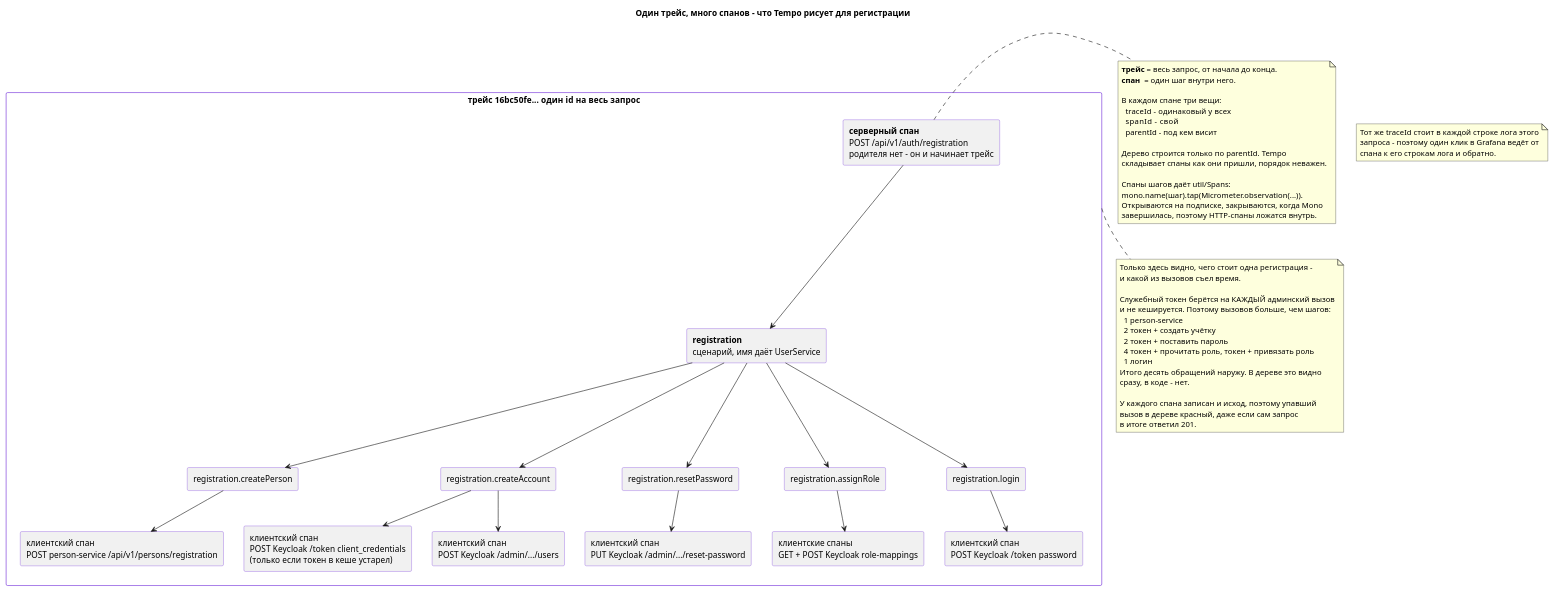
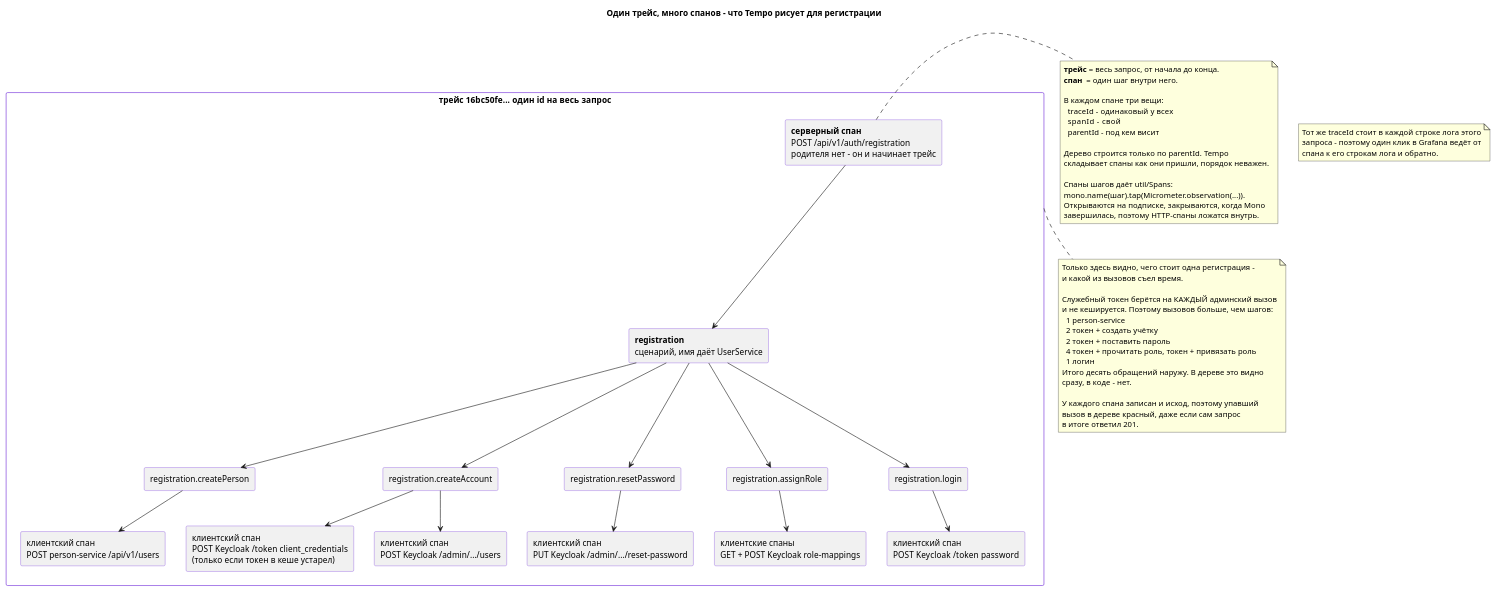
The second of 2 diagrams in docs/puml-ru/observability.puml (dezxxx/payment-platform), drawn with PlantUML before and after one commit. The commit also changed other lines of this file and 16 other files, not shown here.

Commit message:
docs: describe person-service, the client and compensation

```diff
--- a/docs/puml-ru/observability.puml
+++ b/docs/puml-ru/observability.puml
@@ -97,82 +97,82 @@
 @startuml trace-tree
 title Один трейс, много спанов - что Tempo рисует для регистрации
 
 skinparam shadowing false
 skinparam rectangleBorderColor #6d28d9
 
 rectangle "**трейс** 16bc50fe...  один id на весь запрос" as T {
   rectangle "**серверный спан**\nPOST /api/v1/auth/registration\nродителя нет - он и начинает трейс" as S0
 
   rectangle "**registration**\nсценарий, имя даёт UserService" as R
 
   rectangle "registration.createPerson" as R1
   rectangle "registration.createAccount" as R2
   rectangle "registration.resetPassword" as R3
   rectangle "registration.assignRole" as R4
   rectangle "registration.login" as R5
 
-  rectangle "клиентский спан\nPOST person-service /api/v1/persons/registration" as H1
+  rectangle "клиентский спан\nPOST person-service /api/v1/users" as H1
   rectangle "клиентский спан\nPOST Keycloak /token  client_credentials\n(только если токен в кеше устарел)" as H2
   rectangle "клиентский спан\nPOST Keycloak /admin/.../users" as H3
   rectangle "клиентский спан\nPUT Keycloak /admin/.../reset-password" as H4
   rectangle "клиентские спаны\nGET + POST Keycloak role-mappings" as H5
   rectangle "клиентский спан\nPOST Keycloak /token  password" as H6
 }
 
 S0 --> R
 R --> R1
 R --> R2
 R --> R3
 R --> R4
 R --> R5
 R1 --> H1
 R2 --> H2
 R2 --> H3
 R3 --> H4
 R4 --> H5
 R5 --> H6
 
 note right of S0
   **трейс** = весь запрос, от начала до конца.
   **спан**  = один шаг внутри него.
 
   В каждом спане три вещи:
     traceId  - одинаковый у всех
     spanId   - свой
     parentId - под кем висит
 
   Дерево строится только по parentId. Tempo
   складывает спаны как они пришли, порядок неважен.
 
   Спаны шагов даёт util/Spans:
   mono.name(шаг).tap(Micrometer.observation(...)).
   Открываются на подписке, закрываются, когда Mono
   завершилась, поэтому HTTP-спаны ложатся внутрь.
 end note
 
 note bottom of T
   Только здесь видно, чего стоит одна регистрация -
   и какой из вызовов съел время.
 
   Служебный токен берётся на КАЖДЫЙ админский вызов
   и не кешируется. Поэтому вызовов больше, чем шагов:
     1 person-service
     2 токен + создать учётку
     2 токен + поставить пароль
     4 токен + прочитать роль, токен + привязать роль
     1 логин
   Итого десять обращений наружу. В дереве это видно
   сразу, в коде - нет.
 
   У каждого спана записан и исход, поэтому упавший
   вызов в дереве красный, даже если сам запрос
   в итоге ответил 201.
 end note
 
 note as N1
   Тот же traceId стоит в каждой строке лога этого
   запроса - поэтому один клик в Grafana ведёт от
   спана к его строкам лога и обратно.
 end note
 
 @enduml
```
